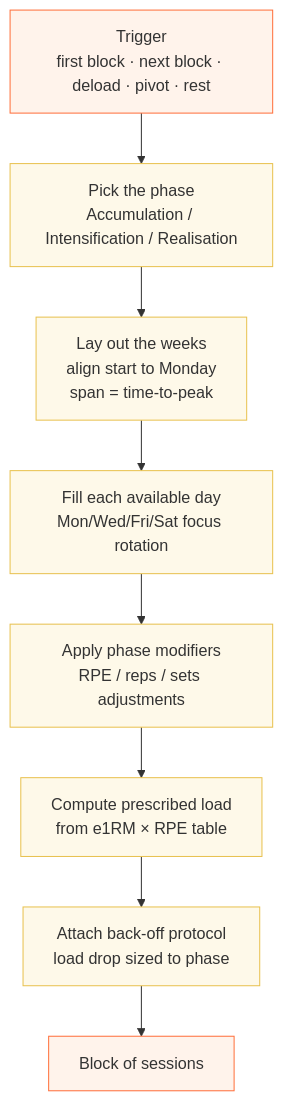
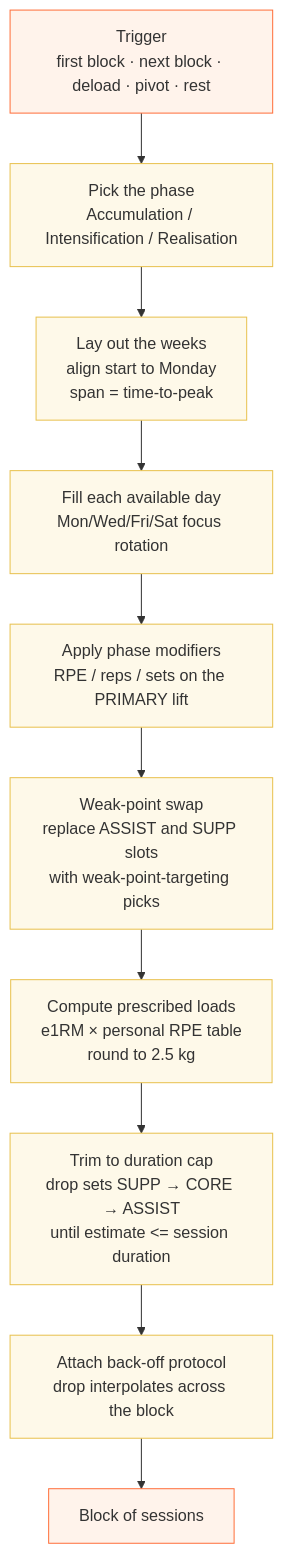
The third of 8 diagrams in docs/program-generation.md (taylorelley/tensile), drawn with Mermaid before and after one commit. The commit also changed other lines of this file, not shown here.

````diff
--- a/docs/program-generation.md
+++ b/docs/program-generation.md
@@ -105,16 +120,18 @@
 ```mermaid
 flowchart TD
   Start[Trigger<br/>first block · next block · deload · pivot · rest]
   Start --> S1[Pick the phase<br/>Accumulation / Intensification / Realisation]
   S1 --> S2[Lay out the weeks<br/>align start to Monday<br/>span = time-to-peak]
   S2 --> S3[Fill each available day<br/>Mon/Wed/Fri/Sat focus rotation]
-  S3 --> S4[Apply phase modifiers<br/>RPE / reps / sets adjustments]
-  S4 --> S5[Compute prescribed load<br/>from e1RM × RPE table]
-  S5 --> S6[Attach back-off protocol<br/>load drop sized to phase]
-  S6 --> Out[Block of sessions]
+  S3 --> S4[Apply phase modifiers<br/>RPE / reps / sets on the PRIMARY lift]
+  S4 --> S5[Weak-point swap<br/>replace ASSIST and SUPP slots<br/>with weak-point-targeting picks]
+  S5 --> S6[Compute prescribed loads<br/>e1RM × personal RPE table<br/>round to 2.5 kg]
+  S6 --> S7[Trim to duration cap<br/>drop sets SUPP → CORE → ASSIST<br/>until estimate &lt;= session duration]
+  S7 --> S8[Attach back-off protocol<br/>drop interpolates across the block]
+  S8 --> Out[Block of sessions]
 
   classDef step fill:#fef9e9,stroke:#e8c14e,color:#333;
   classDef io fill:#fff3eb,stroke:#ff6e3a,color:#333;
-  class S1,S2,S3,S4,S5,S6 step;
+  class S1,S2,S3,S4,S5,S6,S7,S8 step;
   class Start,Out io;
 ```
````
